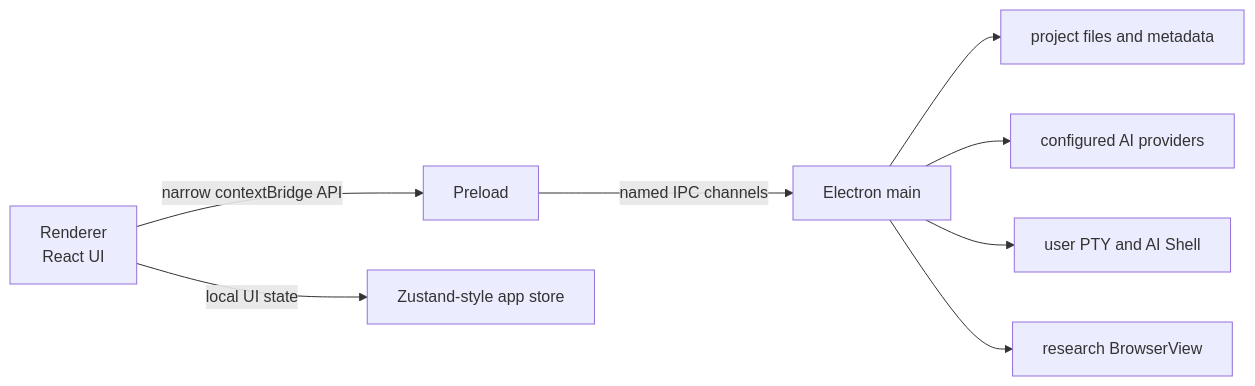
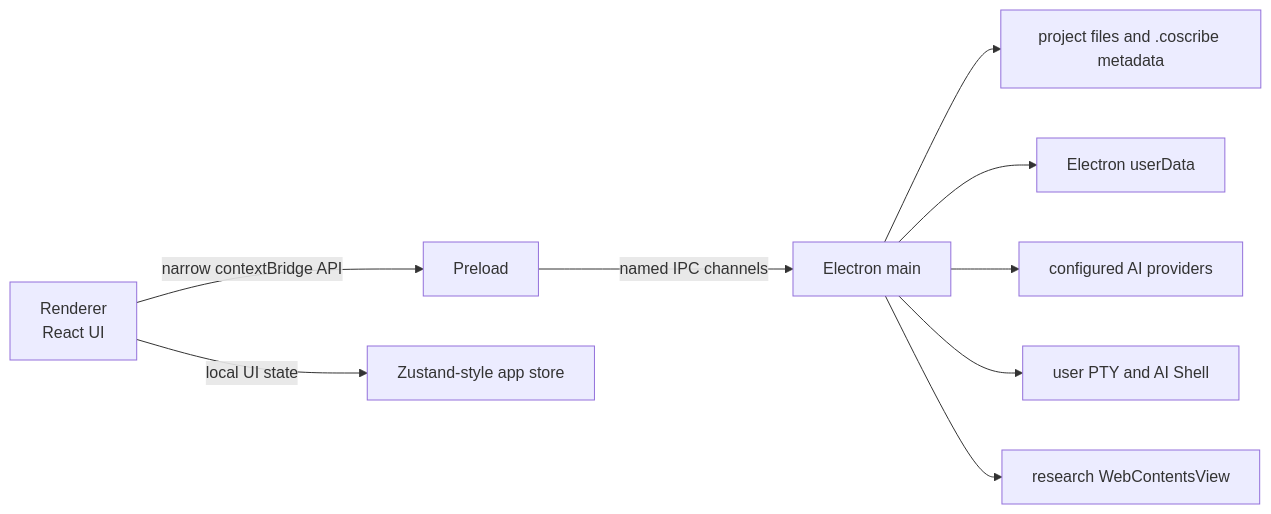
The first of 4 diagrams in docs/architecture.md (UESTC-ly/CoScribe), drawn with Mermaid before and after one commit. The commit also changed other lines of this file and 27 other files, not shown here.

````diff
--- a/docs/architecture.md
+++ b/docs/architecture.md
@@ -7,10 +9,11 @@
 ```mermaid
 flowchart LR
   R[Renderer\nReact UI] -->|narrow contextBridge API| P[Preload]
   P -->|named IPC channels| M[Electron main]
-  M --> F[project files and metadata]
+  M --> F[project files and .coscribe metadata]
+  M --> U[Electron userData]
   M --> A[configured AI providers]
   M --> T[user PTY and AI Shell]
-  M --> B[research BrowserView]
+  M --> B[research WebContentsView]
   R -->|local UI state| S[Zustand-style app store]
 ```
````
